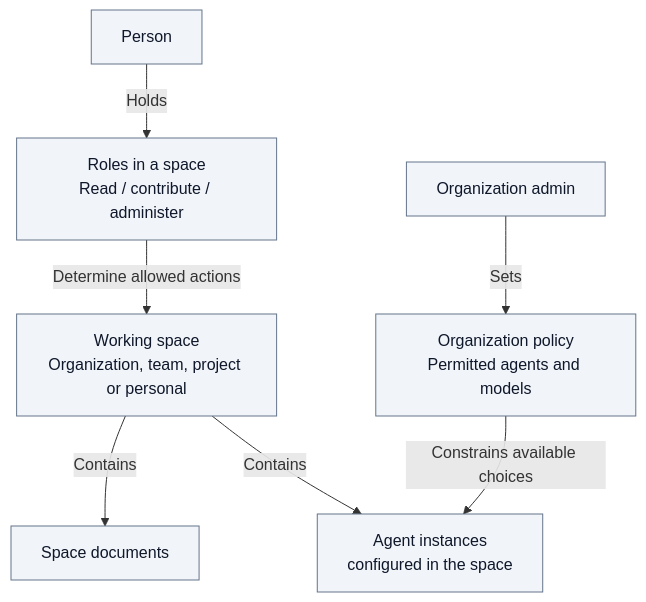
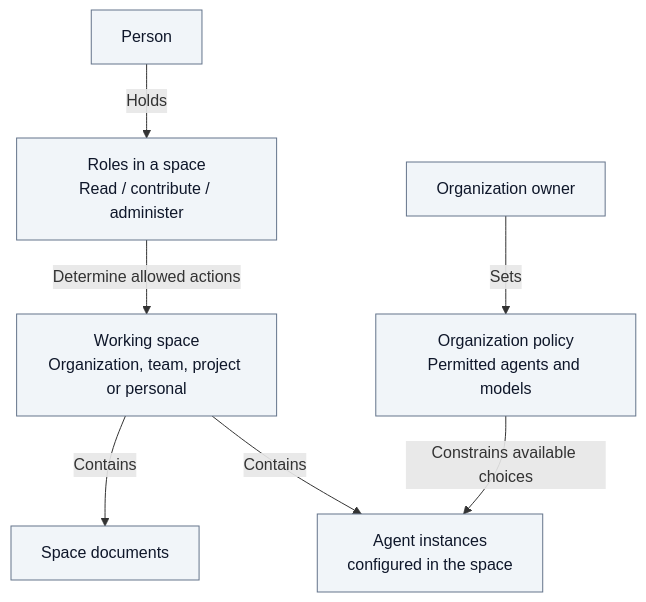
Before and after one commit to ThalesGroup/fred: the fourth of 6 diagrams in docs/architecture/01-system-overview.md, drawn with Mermaid. The commit also changed other lines of this file and 82 other files, not shown here.

````diff
--- a/docs/architecture/01-system-overview.md
+++ b/docs/architecture/01-system-overview.md
@@ -136,19 +136,19 @@
 ```mermaid
 flowchart TB
-    admin["Organization admin"]
+    admin["Organization owner"]
     policy["Organization policy<br/>Permitted agents and models"]
     person["Person"]
     roles["Roles in a space<br/>Read / contribute / administer"]
     space["Working space<br/>Organization, team, project or personal"]
     documents["Space documents"]
     assistants["Agent instances<br/>configured in the space"]
     admin -->|"Sets"| policy
     person -->|"Holds"| roles
     roles -->|"Determine allowed actions"| space
     space -->|"Contains"| documents
     space -->|"Contains"| assistants
     policy -->|"Constrains available choices"| assistants
 
     classDef neutral fill:#F1F5F9,stroke:#64748B,color:#0F172A
     class admin,policy,person,roles,space,documents,assistants neutral
 ```
````
